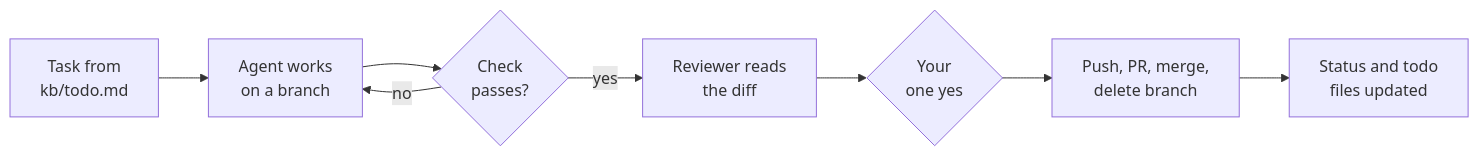
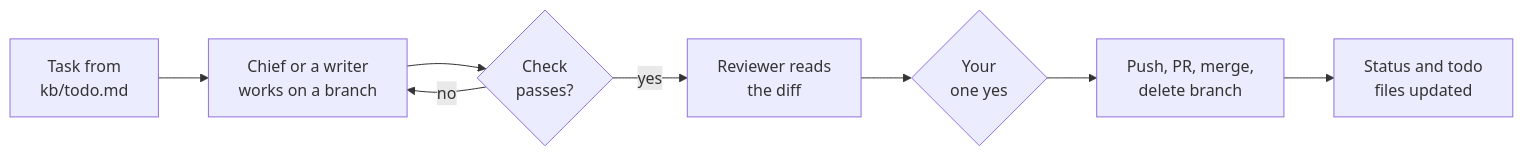
Before and after one commit to MyNameIsGlooboo/chief-prompt: the second of 5 diagrams in README.md, drawn with Mermaid. The commit also changed other lines of this file and 24 other files, not shown here.

````diff
--- a/README.md
+++ b/README.md
@@ -45,10 +45,10 @@
 ```mermaid
 flowchart LR
-    T["Task from<br/>kb/todo.md"] --> W["Agent works<br/>on a branch"]
+    T["Task from<br/>kb/todo.md"] --> W["Chief or a writer<br/>works on a branch"]
     W --> C{"Check<br/>passes?"}
     C -- no --> W
     C -- yes --> R["Reviewer reads<br/>the diff"]
     R --> Y{"Your<br/>one yes"}
     Y --> S["Push, PR, merge,<br/>delete branch"]
     S --> M["Status and todo<br/>files updated"]
 ```
````
